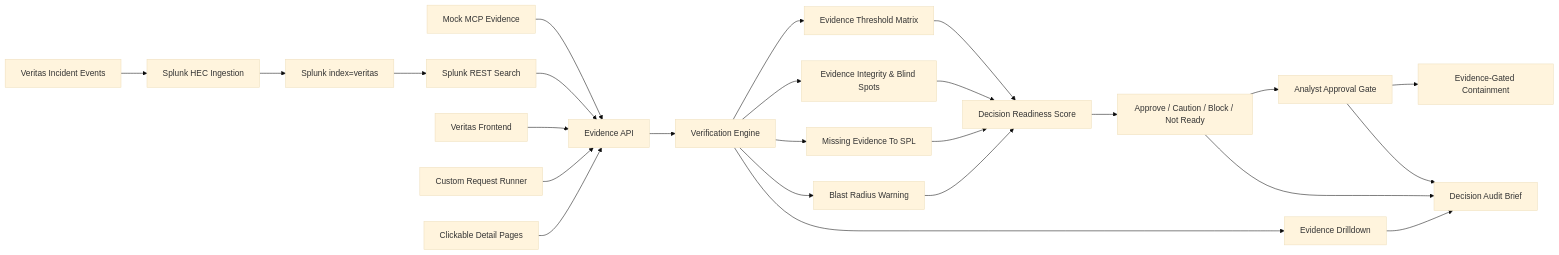
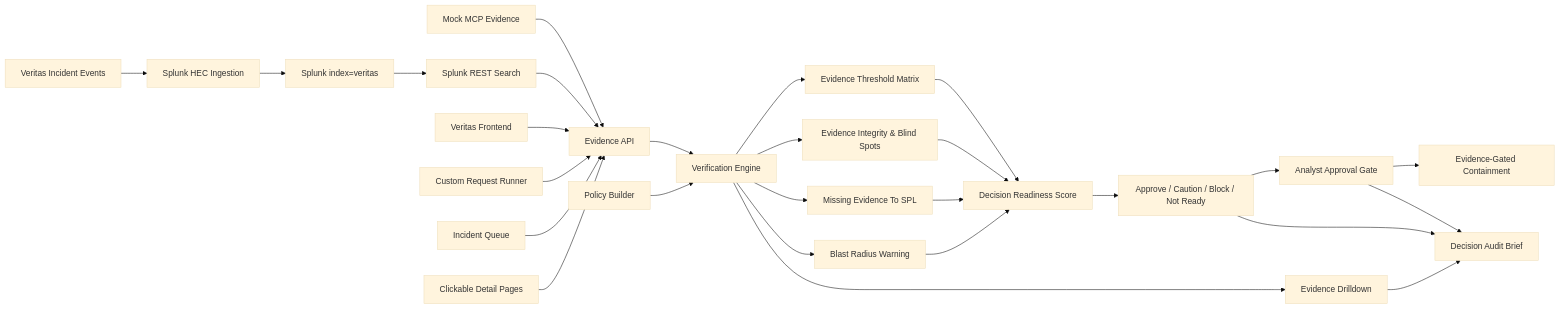
Before and after one commit to cyberrockng/splunk-veritas-ai: the diagram in architecture_diagram.md, drawn with Mermaid (base theme). The commit also changed other lines of this file and 9 other files, not shown here.

Commit message:
Add Tier 3 incident and policy controls

````diff
--- a/architecture_diagram.md
+++ b/architecture_diagram.md
@@ -3,27 +3,29 @@
 ```mermaid
 flowchart LR
   A["Veritas Incident Events"] --> B["Splunk HEC Ingestion"]
   B --> C["Splunk index=veritas"]
   D["Mock MCP Evidence"] --> G["Evidence API"]
   C --> E["Splunk REST Search"]
   E --> G
   F["Veritas Frontend"] --> G
   S["Custom Request Runner"] --> G
+  U["Incident Queue"] --> G
+  V["Policy Builder"] --> H
   G --> H["Verification Engine"]
   H --> I["Evidence Threshold Matrix"]
   H --> J["Evidence Integrity & Blind Spots"]
   H --> K["Missing Evidence To SPL"]
   H --> L["Blast Radius Warning"]
   H --> Q["Evidence Drilldown"]
   I --> M["Decision Readiness Score"]
   J --> M
   K --> M
   L --> M
   M --> N["Approve / Caution / Block / Not Ready"]
   N --> R["Analyst Approval Gate"]
   R --> O["Evidence-Gated Containment"]
   N --> P["Decision Audit Brief"]
   Q --> P
   R --> P
   T["Clickable Detail Pages"] --> G
 ```
````
